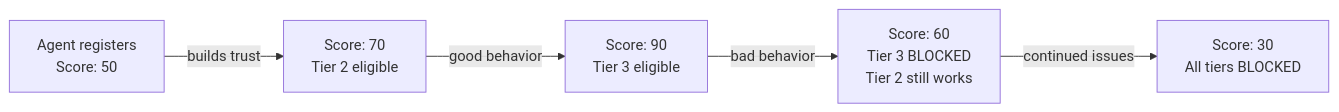
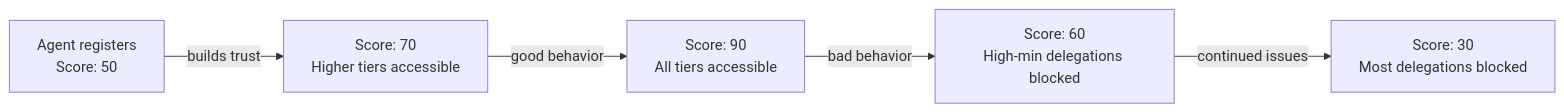
One commit to ElliotFriedman/iris-protocol changed the diagram in docs/docs/trust-tiers.md. Above: the diagram before and after it, drawn with Mermaid. The commit also changed other lines of this file and 12 other files, not shown here.

````diff
--- a/docs/docs/trust-tiers.md
+++ b/docs/docs/trust-tiers.md
@@ -124,7 +134,7 @@
 ```mermaid
 graph LR
-    A["Agent registers<br/>Score: 50"] -->|builds trust| B["Score: 70<br/>Tier 2 eligible"]
-    B -->|good behavior| C["Score: 90<br/>Tier 3 eligible"]
-    C -->|bad behavior| D["Score: 60<br/>Tier 3 BLOCKED<br/>Tier 2 still works"]
-    D -->|continued issues| E["Score: 30<br/>All tiers BLOCKED"]
+    A["Agent registers<br/>Score: 50"] -->|builds trust| B["Score: 70<br/>Higher tiers accessible"]
+    B -->|good behavior| C["Score: 90<br/>All tiers accessible"]
+    C -->|bad behavior| D["Score: 60<br/>High-min delegations blocked"]
+    D -->|continued issues| E["Score: 30<br/>Most delegations blocked"]
 ```
````
